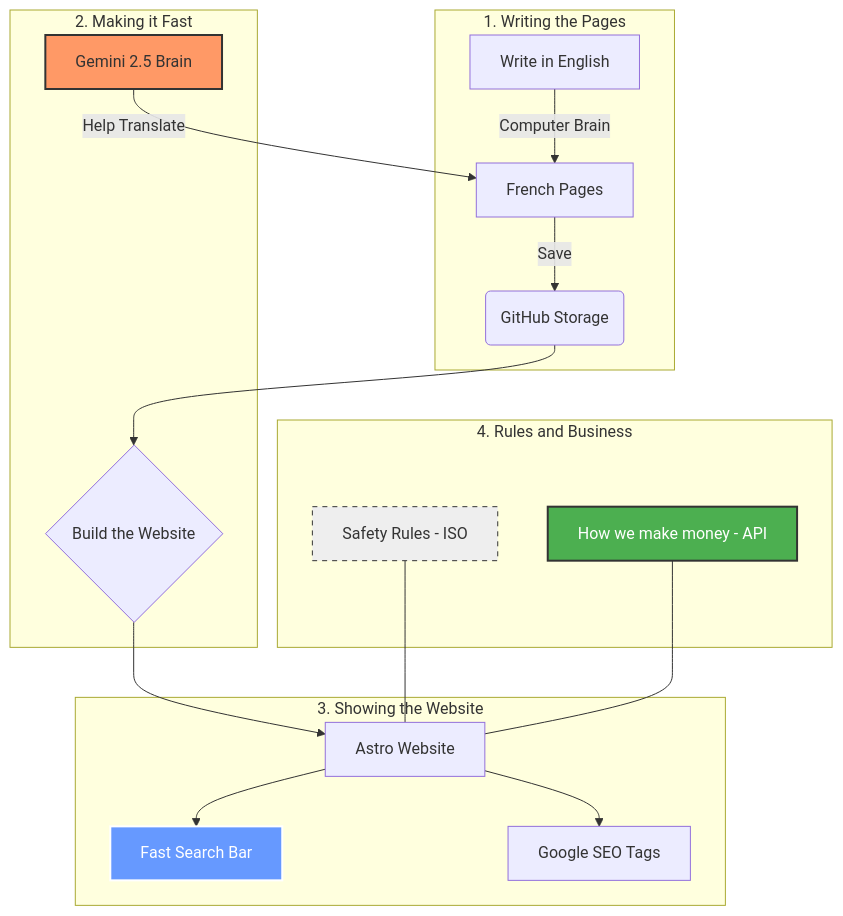
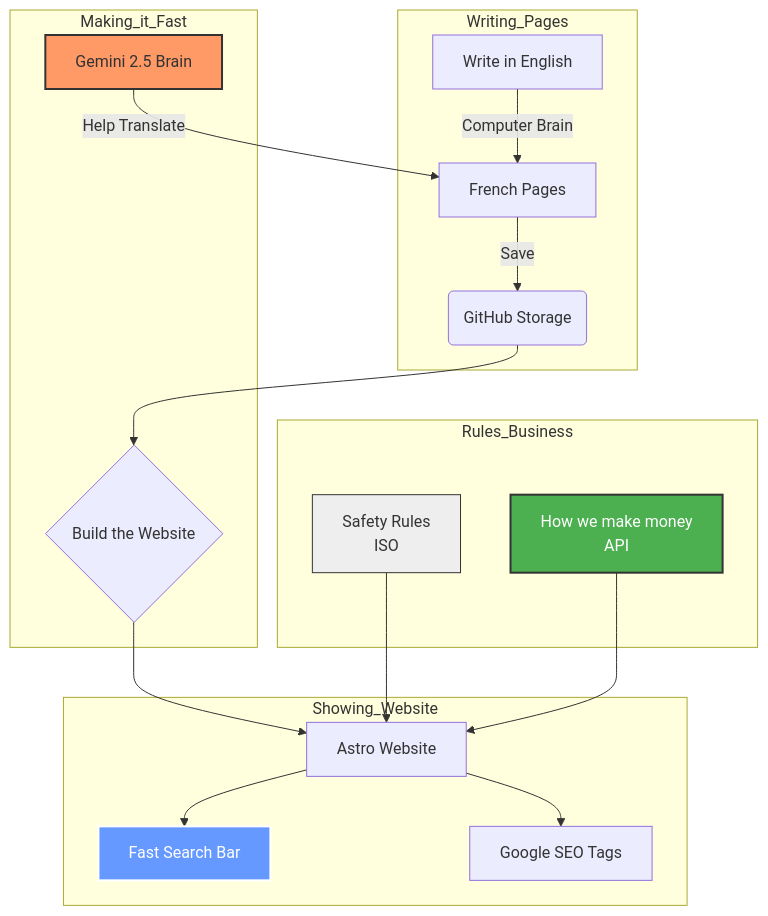
Before and after one commit to csspecialist/Technical-Portfolio-2026: the diagram in README.md, drawn with Mermaid. The commit also changed other lines of this file, not shown here.

Commit message:
fix: Edited the mermaid js

````diff
--- a/README.md
+++ b/README.md
@@ -21,28 +21,28 @@
 ```mermaid
 graph TD
-    subgraph "1. Writing the Pages"
+    subgraph Writing_Pages
         A[Write in English] -->|Computer Brain| B[French Pages]
         B -->|Save| C(GitHub Storage)
     end
 
-    subgraph "2. Making it Fast"
+    subgraph Making_it_Fast
         D[Gemini 2.5 Brain] -->|Help Translate| B
         C --> E{Build the Website}
     end
 
-    subgraph "3. Showing the Website"
+    subgraph Showing_Website
         E --> F[Astro Website]
         F --> G[Fast Search Bar]
         F --> H[Google SEO Tags]
     end
 
-    subgraph "4. Rules and Business"
-        I[Safety Rules - ISO] --- F
-        J[How we make money - API] --- F
+    subgraph Rules_Business
+        I[Safety Rules<br>ISO] --> F
+        J[How we make money<br>API] --> F
     end
 
     style D fill:#f96,stroke:#333,stroke-width:2px
     style G fill:#69f,stroke:#fff,stroke-width:2px,color:#fff
     style J fill:#4CAF50,stroke:#333,stroke-width:2px,color:#fff
-    style I fill:#eee,stroke:#333,stroke-dasharray: 5 5
+    style I fill:#eee,stroke:#333
 ```
````
